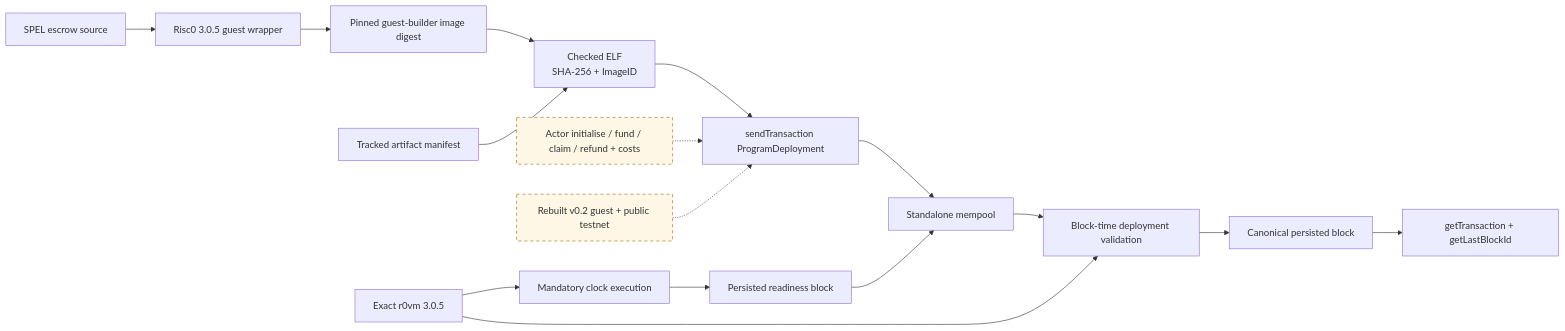
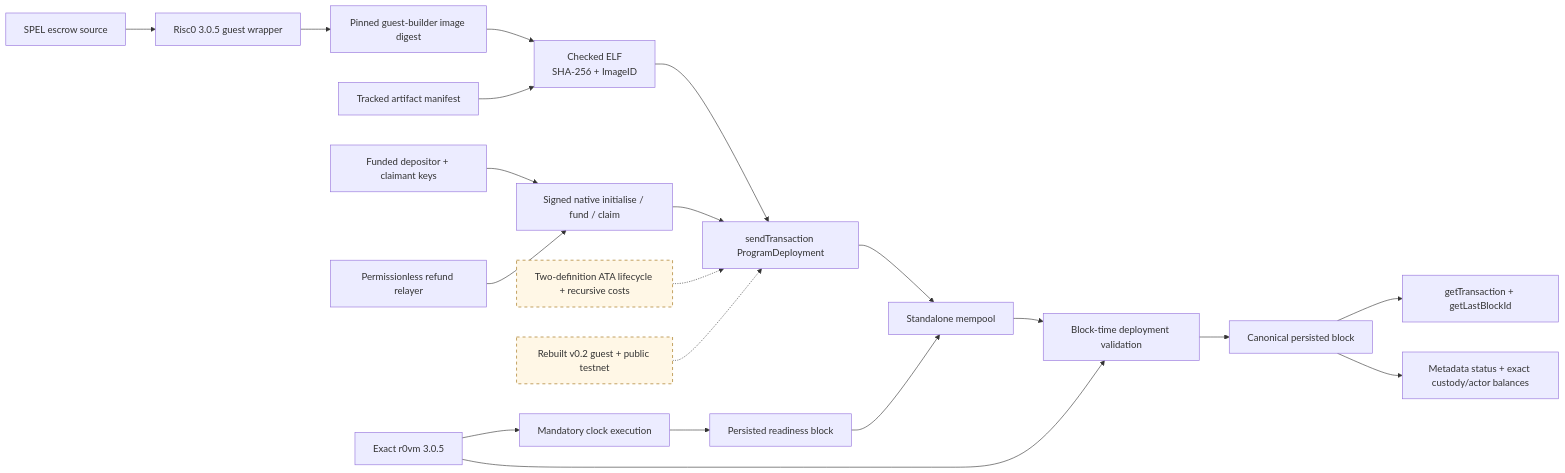
Before and after one commit to gateway-fm/lez-atomic-swaps: the fourth of 7 diagrams in docs/architecture/system-architecture.md, drawn with Mermaid. The commit also changed other lines of this file and 9 other files, not shown here.

Commit message:
test: prove native LEZ actor lifecycle

````diff
--- a/docs/architecture/system-architecture.md
+++ b/docs/architecture/system-architecture.md
@@ -186,21 +188,25 @@
 ```mermaid
 flowchart LR
     Source["SPEL escrow source"] --> Guest["Risc0 3.0.5 guest wrapper"]
     Builder["Pinned guest-builder image digest"] --> ELF["Checked ELF<br/>SHA-256 + ImageID"]
     Guest --> Builder
     Manifest["Tracked artifact manifest"] --> ELF
     R0VM["Exact r0vm 3.0.5"] --> Clock["Mandatory clock execution"]
     Clock --> Ready["Persisted readiness block"]
     ELF --> RPC["sendTransaction ProgramDeployment"]
     RPC --> Mempool["Standalone mempool"]
     Ready --> Mempool
     Mempool --> Validate["Block-time deployment validation"]
     R0VM --> Validate
     Validate --> Block["Canonical persisted block"]
     Block --> Query["getTransaction + getLastBlockId"]
-    Lifecycle["Actor initialise / fund / claim / refund + costs"] -.-> RPC
+    Actors["Funded depositor + claimant keys"] --> NativeLifecycle["Signed native initialise / fund / claim"]
+    Relayer["Permissionless refund relayer"] --> NativeLifecycle
+    NativeLifecycle --> RPC
+    Block --> NativeState["Metadata status + exact custody/actor balances"]
+    TokenCosts["Two-definition ATA lifecycle + recursive costs"] -.-> RPC
     Testnet["Rebuilt v0.2 guest + public testnet"] -.-> RPC
 
     classDef planned stroke-dasharray: 5 5,fill:#fff7e6,stroke:#9a6700;
-    class Lifecycle,Testnet planned;
+    class TokenCosts,Testnet planned;
 ```
````
